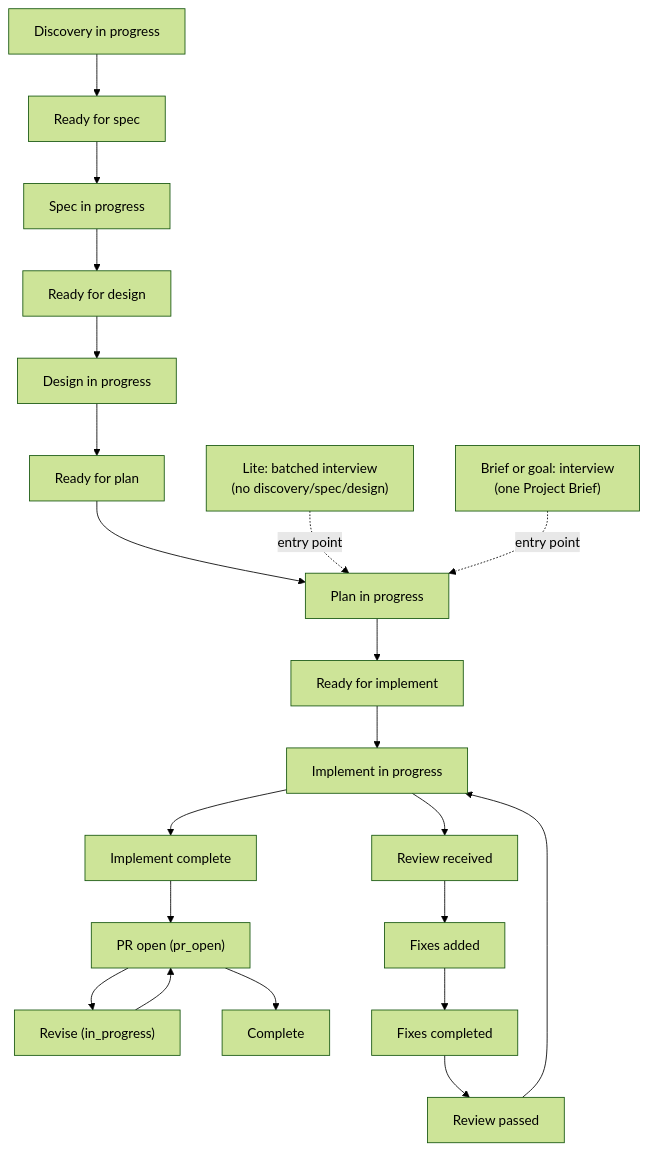
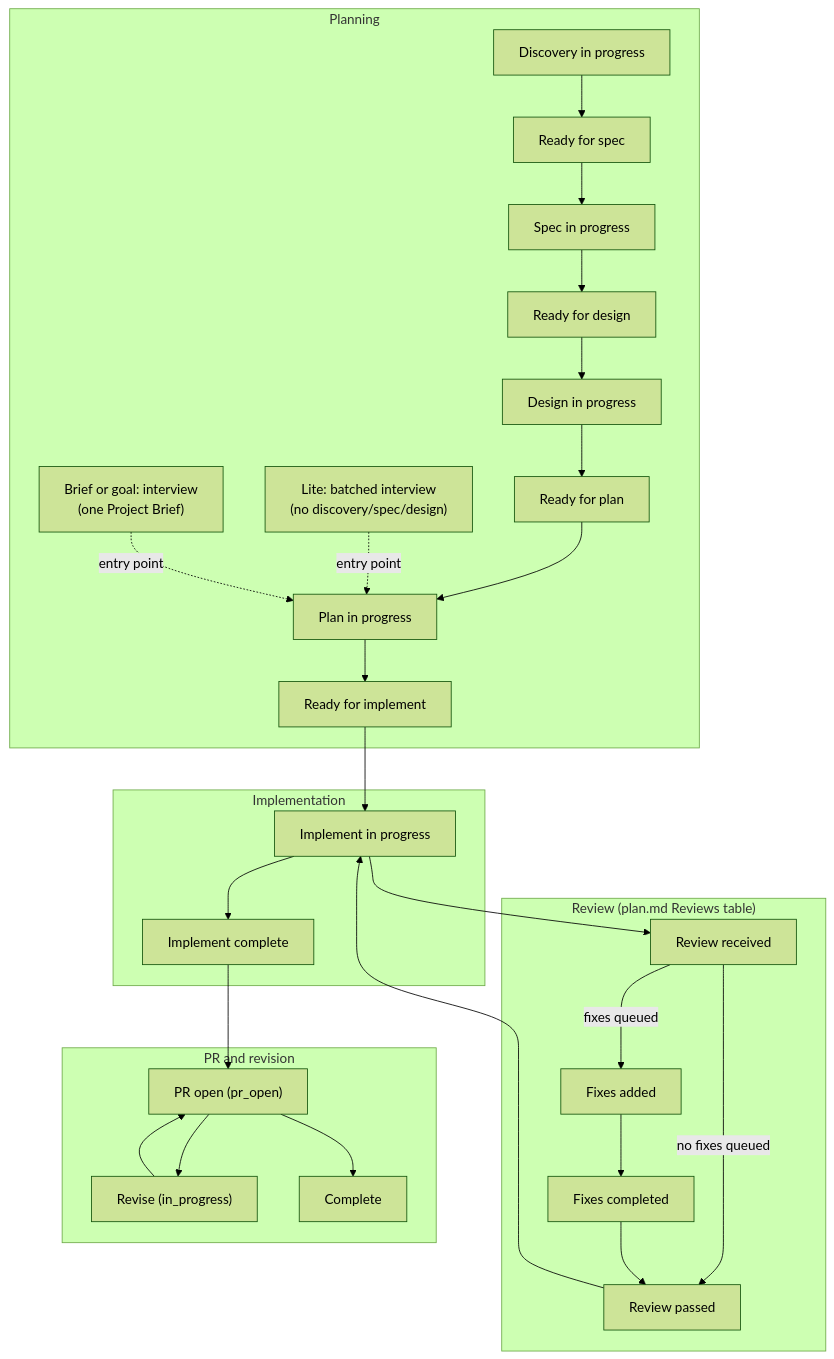
The diagram in apps/oat-docs/docs/reference/project-state-machine.md (voxmedia/open-agent-toolkit), drawn with Mermaid (forest theme) before and after one commit. The commit also changed other lines of this file and 14 other files, not shown here.

First line of the commit message:
docs: compare project lanes in one diagram and regroup the state map

````diff
--- a/apps/oat-docs/docs/reference/project-state-machine.md
+++ b/apps/oat-docs/docs/reference/project-state-machine.md
@@ -25,21 +29,31 @@
     ```mermaid
     flowchart TD
-      D["Discovery in progress"] --> RS["Ready for spec"]
-      RS --> S["Spec in progress"] --> RD["Ready for design"]
-      RD --> G["Design in progress"] --> RP["Ready for plan"]
-      RP --> P["Plan in progress"] --> RI["Ready for implement"]
-      RI --> I["Implement in progress"] --> IC["Implement complete"]
-      IC --> PRO["PR open (pr_open)"]
-      PRO --> REV["Revise (in_progress)"]
-      REV --> PRO
-      PRO --> C["Complete"]
-
-      I --> RV["Review received"]
-      RV --> FA["Fixes added"]
-      FA --> FC["Fixes completed"]
-      FC --> PASSED["Review passed"]
+      accTitle: Project state machine by phase
+      accDescr: Planning runs from discovery to ready for implement, with lite and brief or goal entering at plan in progress. Implementation leads to implement complete. A review loop returns to implementation. PR open loops through revise and ends at complete.
+      subgraph PLANNING["Planning"]
+        D["Discovery in progress"] --> RS["Ready for spec"]
+        RS --> S["Spec in progress"] --> RD["Ready for design"]
+        RD --> G["Design in progress"] --> RP["Ready for plan"]
+        RP --> P["Plan in progress"] --> RI["Ready for implement"]
+        LITE["Lite: batched interview\n(no discovery/spec/design)"] -. entry point .-> P
+        BRIEF["Brief or goal: interview\n(one Project Brief)"] -. entry point .-> P
+      end
+      subgraph IMPLEMENTATION["Implementation"]
+        I["Implement in progress"] --> IC["Implement complete"]
+      end
+      subgraph REVIEW["Review (plan.md Reviews table)"]
+        RV["Review received"] -->|fixes queued| FA["Fixes added"]
+        RV -->|no fixes queued| PASSED["Review passed"]
+        FA --> FC["Fixes completed"]
+        FC --> PASSED
+      end
+      subgraph PRREV["PR and revision"]
+        PRO["PR open (pr_open)"] --> REV["Revise (in_progress)"]
+        REV --> PRO
+        PRO --> C["Complete"]
+      end
+      RI --> I
+      I --> RV
       PASSED --> I
-
-      LITE["Lite: batched interview\n(no discovery/spec/design)"] -. entry point .-> P
-      BRIEF["Brief or goal: interview\n(one Project Brief)"] -. entry point .-> P
+      IC --> PRO
     ```
````
